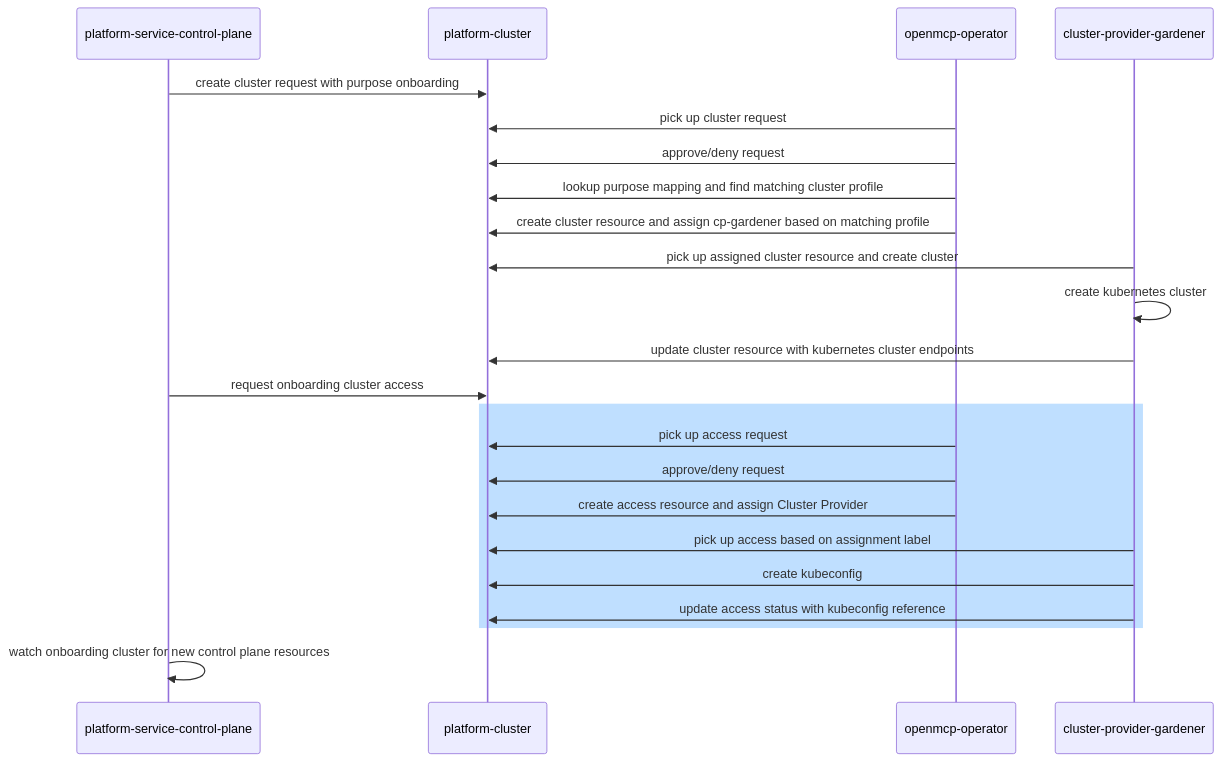
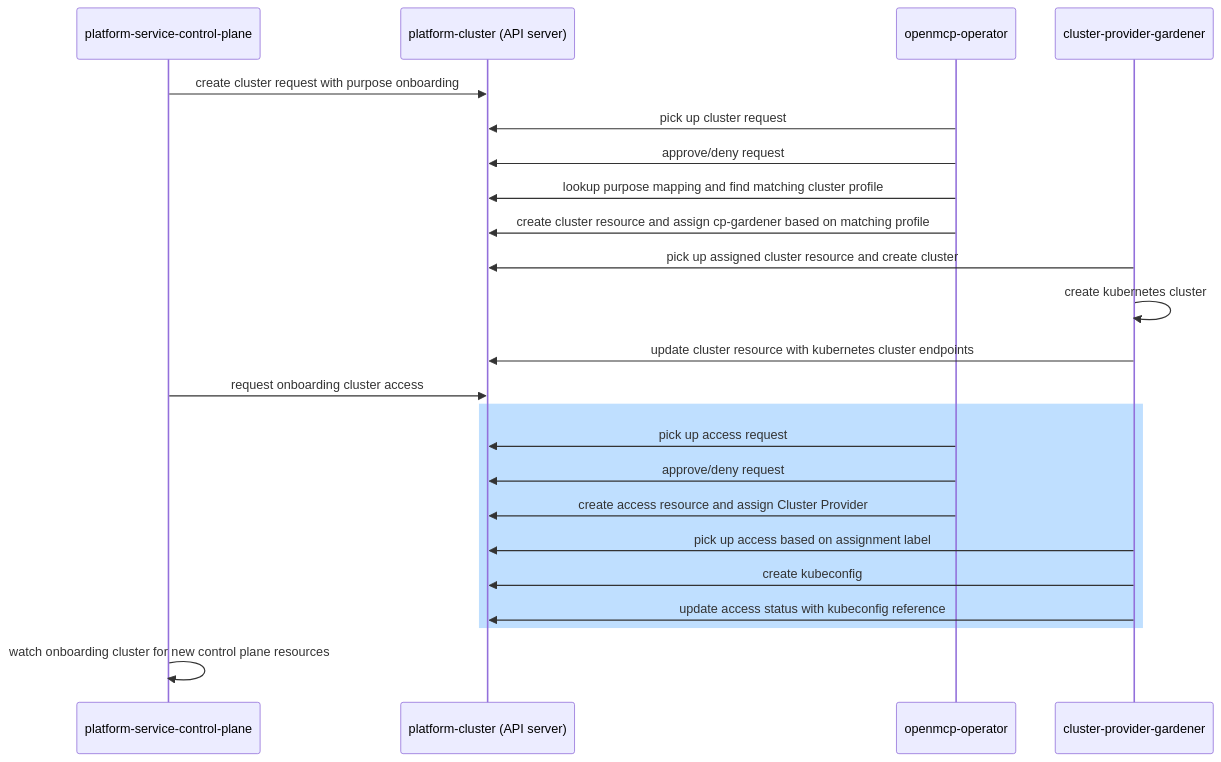
Before and after one commit to openmcp-project/docs: diagram 12 of 12 in docs/developers/clusterprovider/01-design.mdx, drawn with Mermaid. The commit also changed other lines of this file, not shown here.

First line of the commit message:
docs(cluster-provider): draft and visual notation clarification

````diff
--- a/docs/developers/clusterprovider/01-design.mdx
+++ b/docs/developers/clusterprovider/01-design.mdx
@@ -209,30 +230,30 @@
 ```mermaid
 sequenceDiagram
     participant PSCP as platform-service-control-plane
-    participant PC as platform-cluster
+    participant PC as platform-cluster (API server)
     participant OCPOP as openmcp-operator
     participant CP as cluster-provider-gardener
 
     PSCP->>PC: create cluster request with purpose onboarding
 
     OCPOP->>PC: pick up cluster request
     OCPOP->>PC: approve/deny request
     OCPOP->>PC: lookup purpose mapping and find matching cluster profile
     OCPOP->>PC: create cluster resource and assign cp-gardener based on matching profile
 
     CP->>PC: pick up assigned cluster resource and create cluster
     CP->>CP: create kubernetes cluster
     CP->>PC: update cluster resource with kubernetes cluster endpoints
 
     PSCP->>PC: request onboarding cluster access
     rect rgb(191, 223, 255)
     OCPOP->>PC: pick up access request
     OCPOP->>PC: approve/deny request
     OCPOP->>PC: create access resource and assign Cluster Provider
     CP->>PC: pick up access based on assignment label
     CP->>PC: create kubeconfig
     CP->>PC: update access status with kubeconfig reference
     end
 
     PSCP->>PSCP: watch onboarding cluster for new control plane resources
 ```
````
